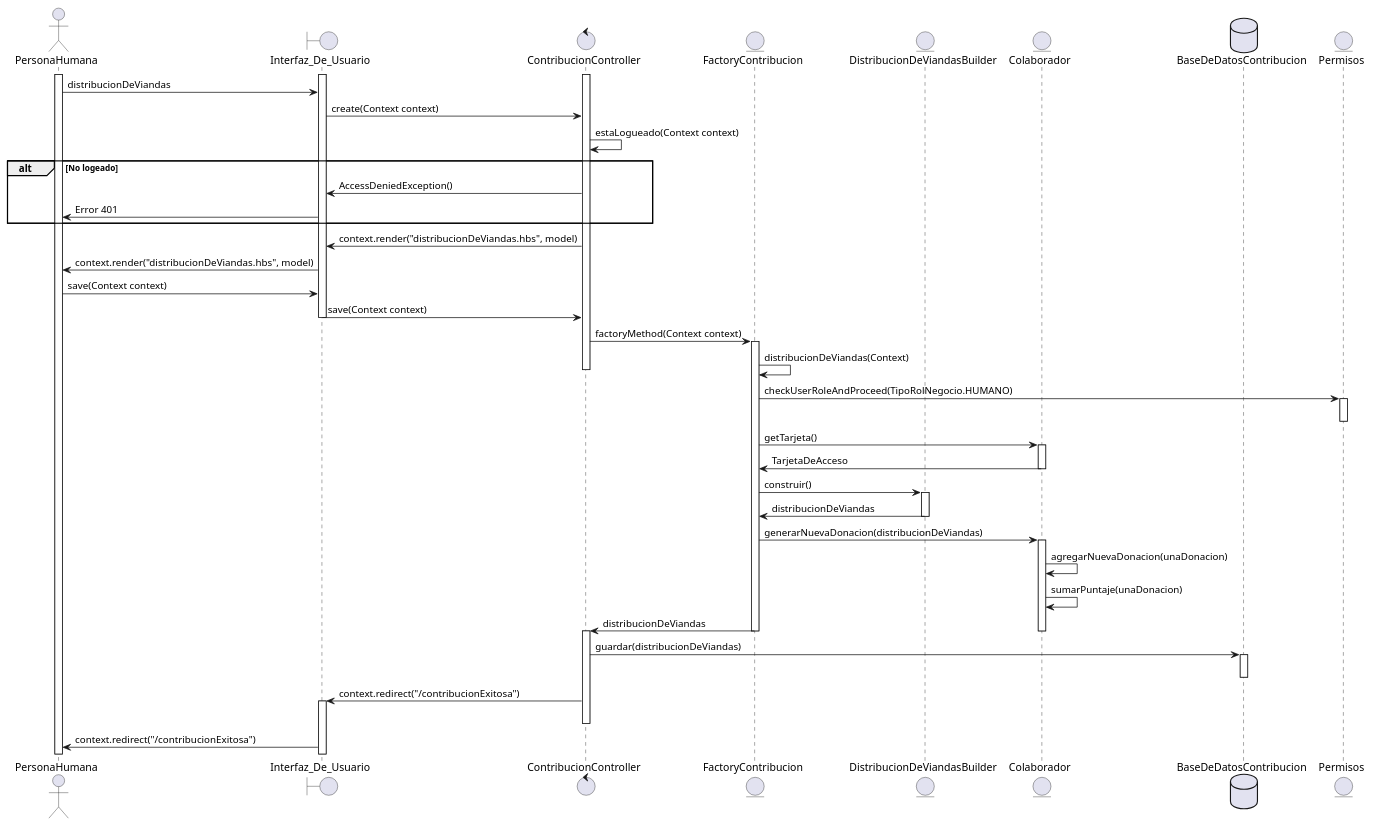
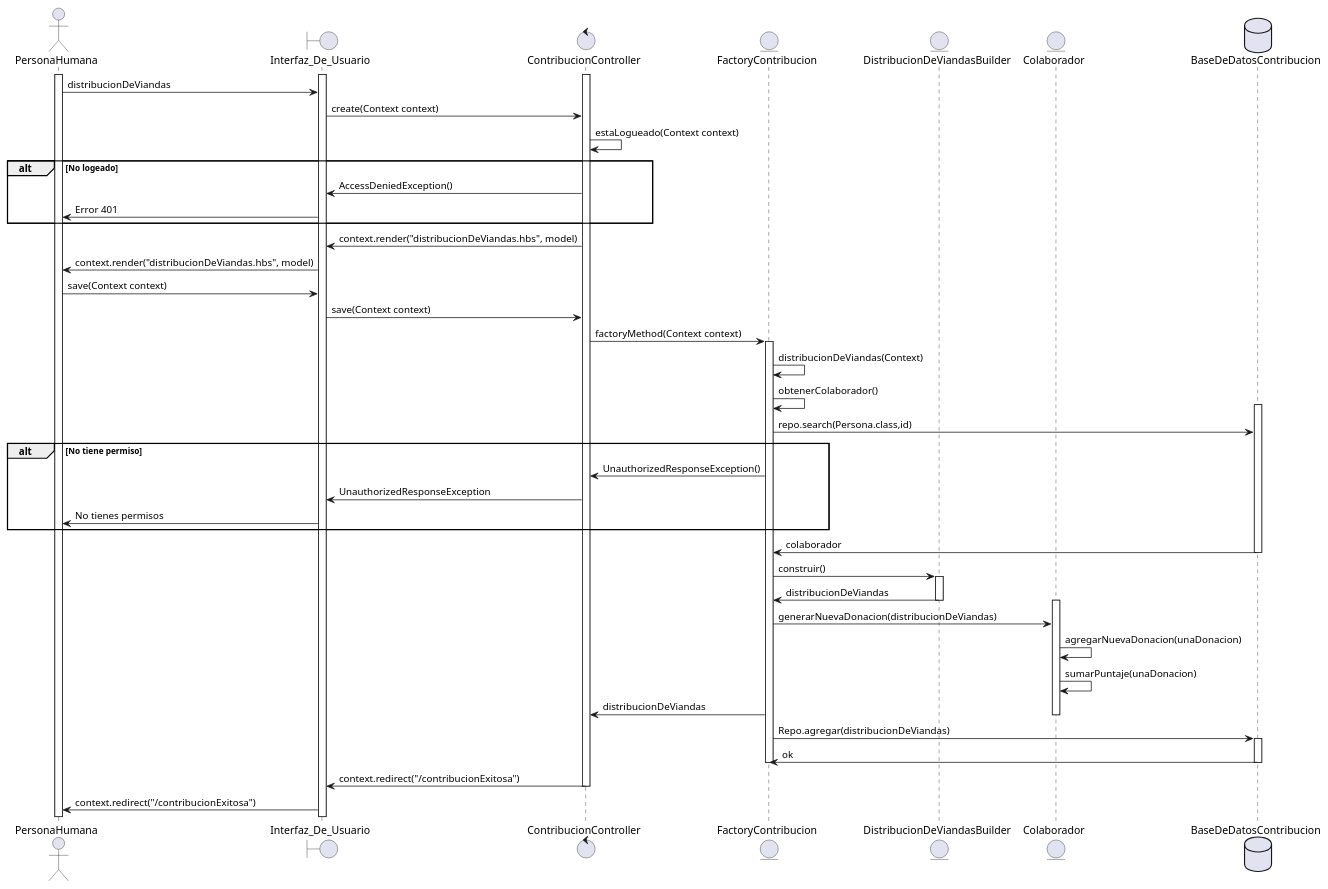
The diagram in UMLs/FormasDeContribucion/DistribucionDeVianda.puml (JBDelupi/TPs---DDS), drawn with PlantUML before and after one commit. The commit also changed 14 other files, not shown here.

```diff
--- a/UMLs/FormasDeContribucion/DistribucionDeVianda.puml
+++ b/UMLs/FormasDeContribucion/DistribucionDeVianda.puml
@@ -1,65 +1,64 @@
 @startuml GenerarDistribucionDeViandas
 actor PersonaHumana
 boundary Interfaz_De_Usuario
 control ContribucionController
 
 
 entity FactoryContribucion
 entity DistribucionDeViandasBuilder
 entity Colaborador
 database BaseDeDatosContribucion
-entity Permisos
 
 activate PersonaHumana
 activate Interfaz_De_Usuario
 activate ContribucionController
 PersonaHumana->Interfaz_De_Usuario: distribucionDeViandas
 
 Interfaz_De_Usuario->ContribucionController: create(Context context)
 ContribucionController->ContribucionController: estaLogueado(Context context)
 
 
 alt No logeado
     ContribucionController->Interfaz_De_Usuario: AccessDeniedException()
     Interfaz_De_Usuario->PersonaHumana: Error 401
 end
 
 ContribucionController -> Interfaz_De_Usuario: context.render("distribucionDeViandas.hbs", model)
 Interfaz_De_Usuario -> PersonaHumana: context.render("distribucionDeViandas.hbs", model)
 
 PersonaHumana -> Interfaz_De_Usuario: save(Context context)
 Interfaz_De_Usuario -> ContribucionController: save(Context context)
-deactivate Interfaz_De_Usuario
 ContribucionController -> FactoryContribucion: factoryMethod(Context context)
 activate FactoryContribucion
 FactoryContribucion -> FactoryContribucion: distribucionDeViandas(Context)
-deactivate ContribucionController
-FactoryContribucion -> Permisos: checkUserRoleAndProceed(TipoRolNegocio.HUMANO)
-activate Permisos
-deactivate Permisos
-FactoryContribucion -> Colaborador: getTarjeta()
-activate Colaborador
-Colaborador -> FactoryContribucion: TarjetaDeAcceso
-deactivate Colaborador
+FactoryContribucion -> FactoryContribucion: obtenerColaborador()
+activate BaseDeDatosContribucion
+FactoryContribucion -> BaseDeDatosContribucion : repo.search(Persona.class,id)
+alt No tiene permiso
+    FactoryContribucion -> ContribucionController: UnauthorizedResponseException()
+    ContribucionController -> Interfaz_De_Usuario: UnauthorizedResponseException
+    Interfaz_De_Usuario -> PersonaHumana: No tienes permisos
+end
+BaseDeDatosContribucion -> FactoryContribucion : colaborador
+deactivate BaseDeDatosContribucion
 FactoryContribucion -> DistribucionDeViandasBuilder: construir()
 activate DistribucionDeViandasBuilder
 DistribucionDeViandasBuilder -> FactoryContribucion: distribucionDeViandas
 deactivate DistribucionDeViandasBuilder
+activate Colaborador
 FactoryContribucion -> Colaborador: generarNuevaDonacion(distribucionDeViandas)
-activate Colaborador
 Colaborador -> Colaborador: agregarNuevaDonacion(unaDonacion)
 Colaborador -> Colaborador: sumarPuntaje(unaDonacion)
 FactoryContribucion -> ContribucionController: distribucionDeViandas
 deactivate Colaborador
+FactoryContribucion -> BaseDeDatosContribucion: Repo.agregar(distribucionDeViandas)
+activate BaseDeDatosContribucion
+BaseDeDatosContribucion -> FactoryContribucion: ok
 deactivate FactoryContribucion
-activate ContribucionController
-ContribucionController -> BaseDeDatosContribucion: guardar(distribucionDeViandas)
-activate BaseDeDatosContribucion
 deactivate BaseDeDatosContribucion
 ContribucionController -> Interfaz_De_Usuario: context.redirect("/contribucionExitosa")
-activate Interfaz_De_Usuario
 deactivate ContribucionController
 
 Interfaz_De_Usuario -> PersonaHumana: context.redirect("/contribucionExitosa")
 
 @enduml
```
